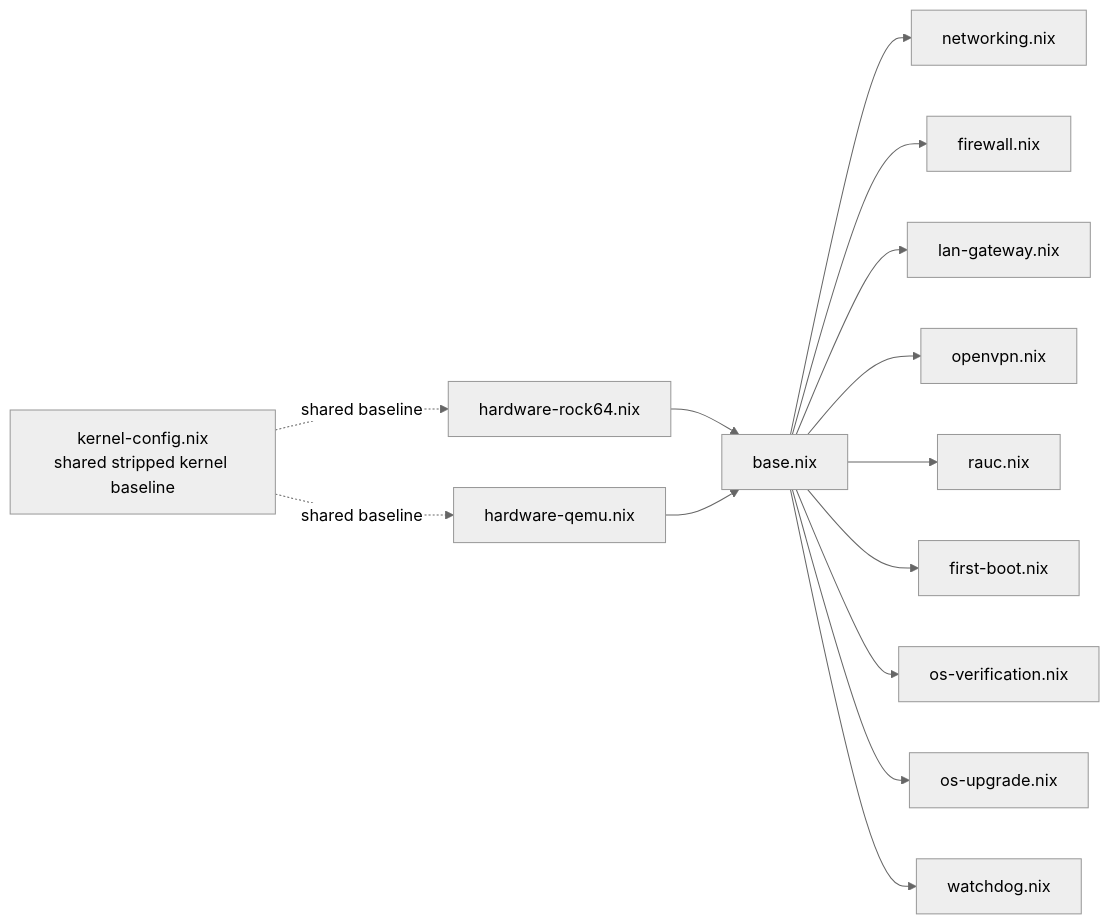
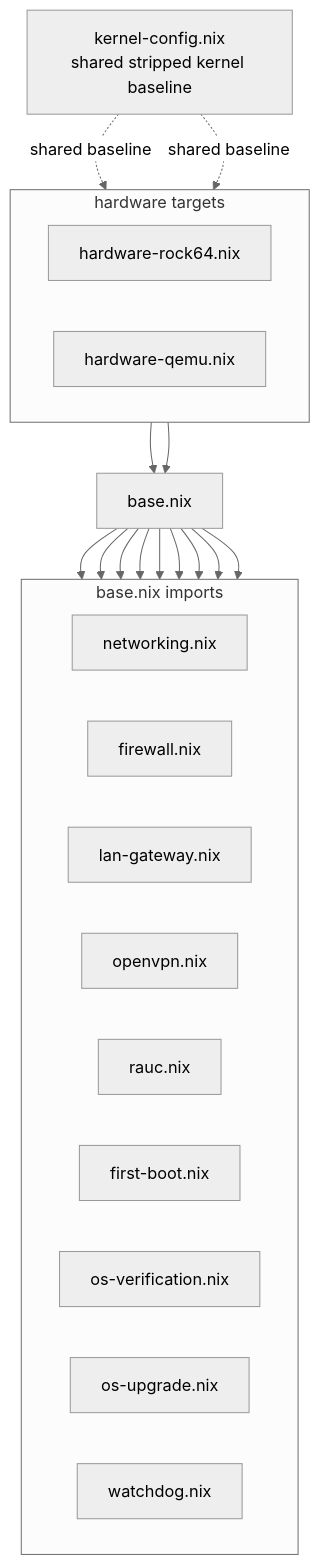
One commit to RobertDeRose/atomixos changed the diagram in docs/src/code-reference/modules.md. Above: the diagram before and after it, drawn with Mermaid (neutral theme). The commit also changed 32 other files, not shown here.

````diff
--- a/docs/src/code-reference/modules.md
+++ b/docs/src/code-reference/modules.md
@@ -8,19 +8,39 @@
 ```mermaid
-flowchart LR
+flowchart TD
     KERNEL["kernel-config.nix<br/>shared stripped kernel baseline"]
-    ROCK64["hardware-rock64.nix"] --> BASE["base.nix"]
-    QEMU["hardware-qemu.nix"] --> BASE
 
-    BASE --> NETWORKING["networking.nix"]
-    BASE --> FIREWALL["firewall.nix"]
-    BASE --> LAN["lan-gateway.nix"]
-    BASE --> OPENVPN["openvpn.nix"]
-    BASE --> RAUC["rauc.nix"]
-    BASE --> FIRSTBOOT["first-boot.nix"]
-    BASE --> VERIFY["os-verification.nix"]
-    BASE --> UPGRADE["os-upgrade.nix"]
-    BASE --> WATCHDOG["watchdog.nix"]
+    subgraph HARDWARE["hardware targets"]
+        direction LR
+        ROCK64["hardware-rock64.nix"]
+        QEMU["hardware-qemu.nix"]
+    end
+
+    ROCK64 --> BASE["base.nix"]
+    QEMU --> BASE
+
+    subgraph IMPORTS["base.nix imports"]
+        direction LR
+        NETWORKING["networking.nix"]
+        FIREWALL["firewall.nix"]
+        LAN["lan-gateway.nix"]
+        OPENVPN["openvpn.nix"]
+        RAUC["rauc.nix"]
+        FIRSTBOOT["first-boot.nix"]
+        VERIFY["os-verification.nix"]
+        UPGRADE["os-upgrade.nix"]
+        WATCHDOG["watchdog.nix"]
+    end
+
+    BASE --> NETWORKING
+    BASE --> FIREWALL
+    BASE --> LAN
+    BASE --> OPENVPN
+    BASE --> RAUC
+    BASE --> FIRSTBOOT
+    BASE --> VERIFY
+    BASE --> UPGRADE
+    BASE --> WATCHDOG
 
     KERNEL -. shared baseline .-> ROCK64
     KERNEL -. shared baseline .-> QEMU
 ```
````
